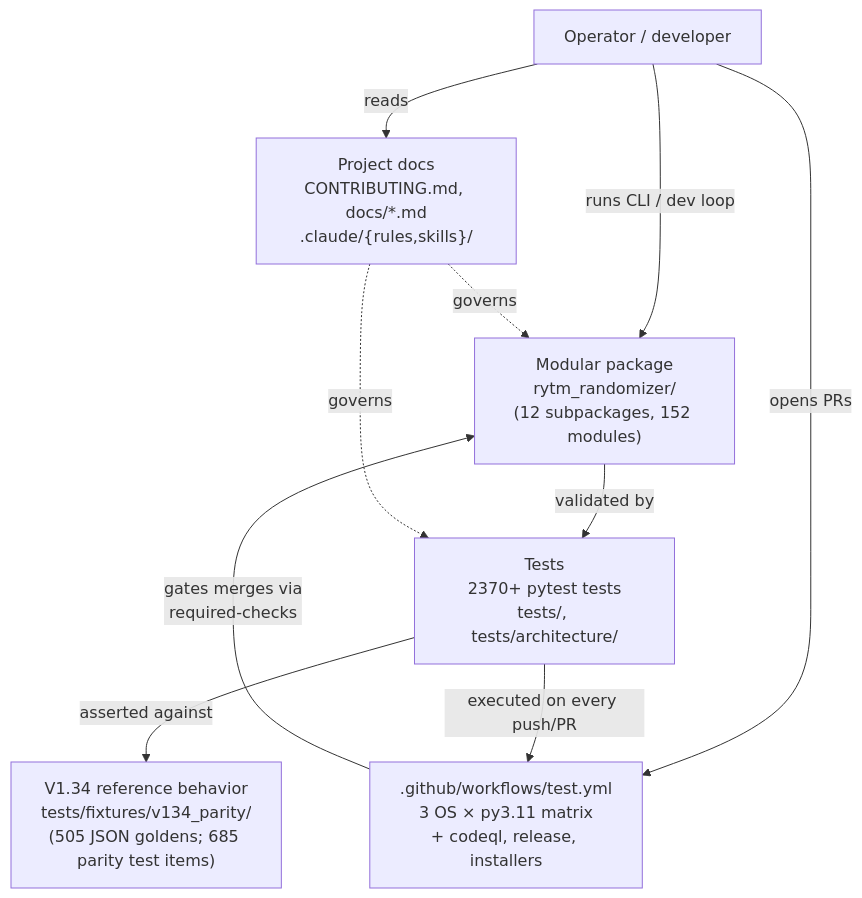
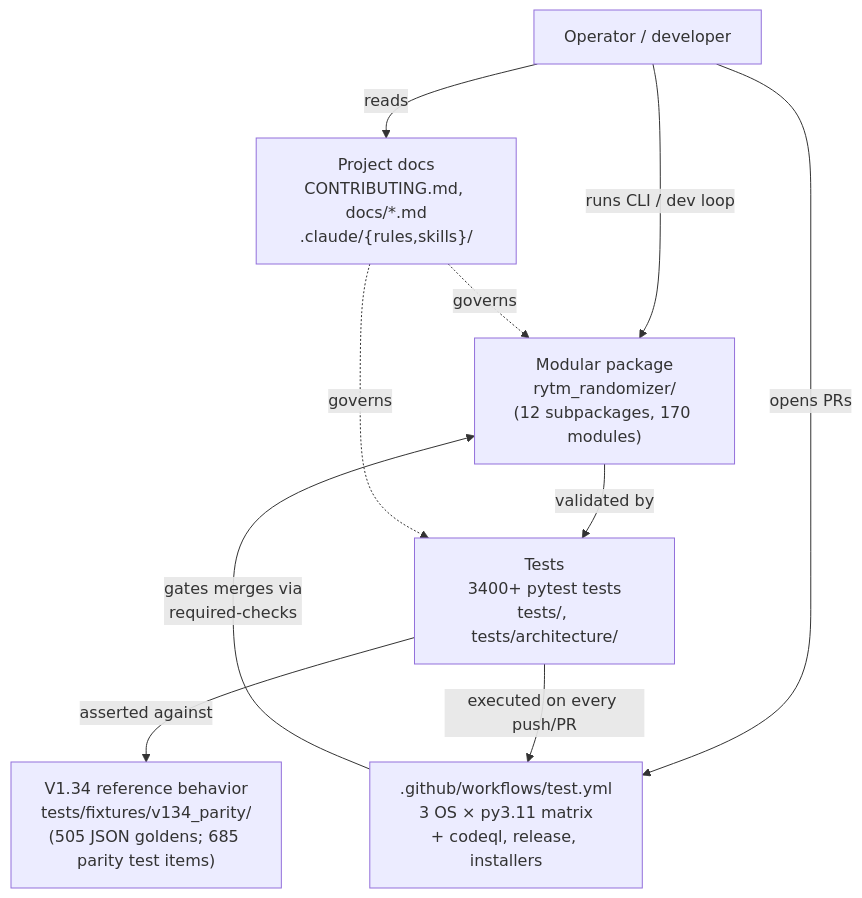
One commit to buzzijose-hub/RytmRandomizer changed the first of 26 diagrams in docs/ARCHITECTURE_DIAGRAMS.md. Above: the diagram before and after it, drawn with Mermaid. The commit also changed other lines of this file and 68 other files, not shown here.

````diff
--- a/docs/ARCHITECTURE_DIAGRAMS.md
+++ b/docs/ARCHITECTURE_DIAGRAMS.md
@@ -47,22 +47,22 @@
 ```mermaid
 flowchart TB
     User["Operator / developer"]
     V134["V1.34 reference behavior<br/>tests/fixtures/v134_parity/<br/>(505 JSON goldens; 685 parity test items)"]
-    Package["Modular package<br/>rytm_randomizer/<br/>(12 subpackages, 152 modules)"]
-    Tests["Tests<br/>2370+ pytest tests<br/>tests/, tests/architecture/"]
+    Package["Modular package<br/>rytm_randomizer/<br/>(12 subpackages, 170 modules)"]
+    Tests["Tests<br/>3400+ pytest tests<br/>tests/, tests/architecture/"]
     CI[".github/workflows/test.yml<br/>3 OS × py3.11 matrix<br/>+ codeql, release, installers"]
     Docs["Project docs<br/>CONTRIBUTING.md, docs/*.md<br/>.claude/{rules,skills}/"]
 
     User -->|"runs CLI / dev loop"| Package
     User -->|"opens PRs"| CI
     User -->|"reads"| Docs
 
     Package -->|"validated by"| Tests
     Tests -->|"asserted against"| V134
     Tests -->|"executed on every push/PR"| CI
 
     CI -->|"gates merges via<br/>required-checks"| Package
 
     Docs -.->|"governs"| Package
     Docs -.->|"governs"| Tests
 ```
````
